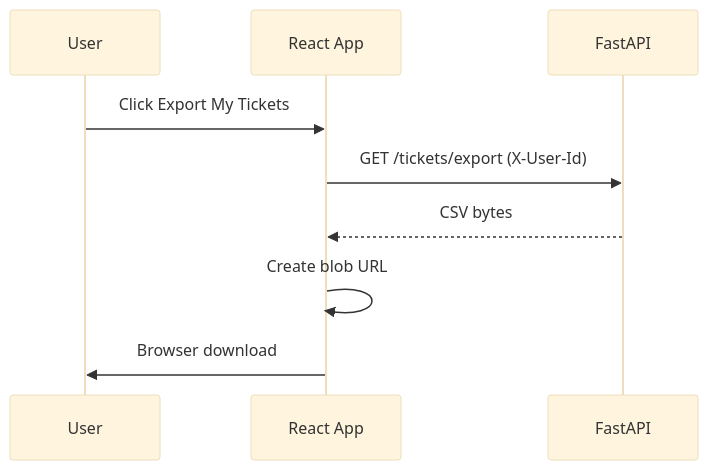
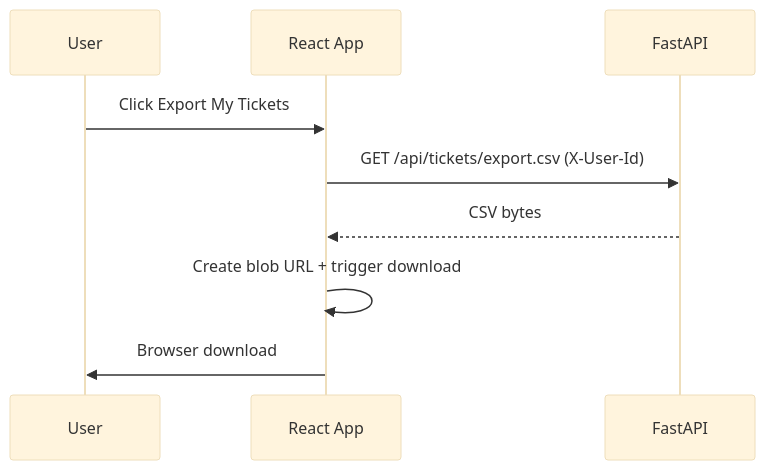
The third of 3 diagrams in ui-flow.md (PrinceYadavOffice/ticket-management), drawn with Mermaid (base theme) before and after one commit. The commit also changed other lines of this file and 39 other files, not shown here.

````diff
--- a/ui-flow.md
+++ b/ui-flow.md
@@ -194,12 +210,12 @@
 ```mermaid
 sequenceDiagram
     participant U as User
     participant App as React App
     participant API as FastAPI
 
     U->>App: Click Export My Tickets
-    App->>API: GET /tickets/export (X-User-Id)
+    App->>API: GET /api/tickets/export.csv (X-User-Id)
     API-->>App: CSV bytes
-    App->>App: Create blob URL
+    App->>App: Create blob URL + trigger download
     App->>U: Browser download
 ```
````
